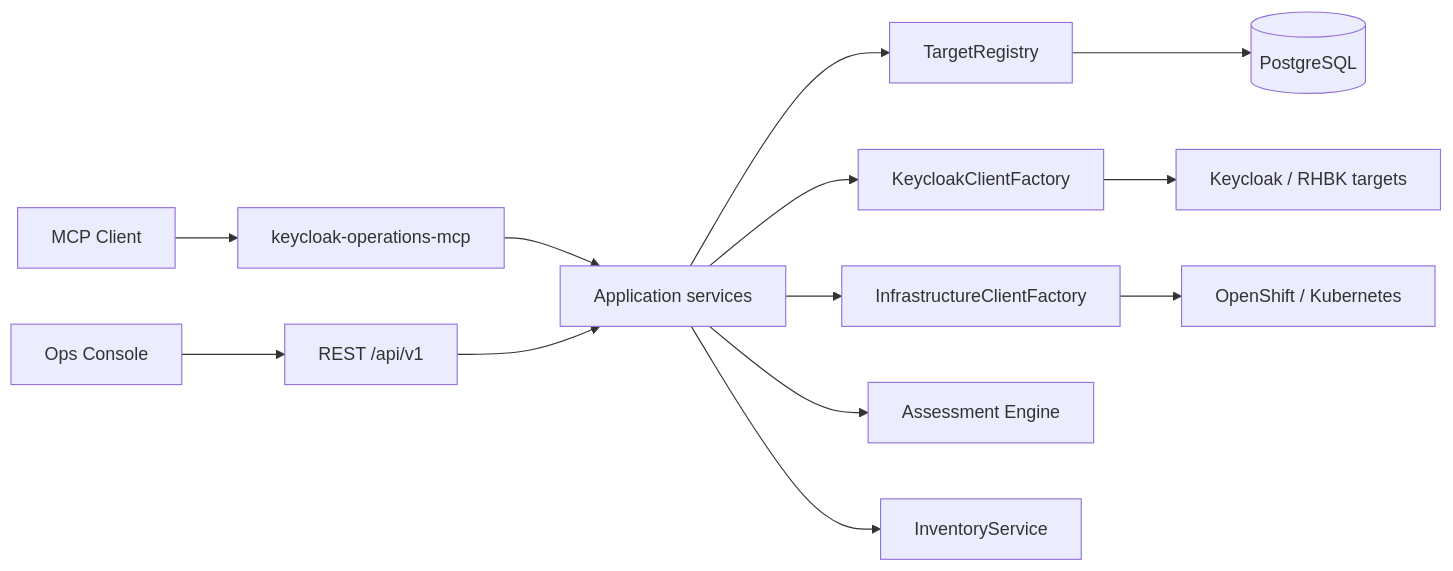
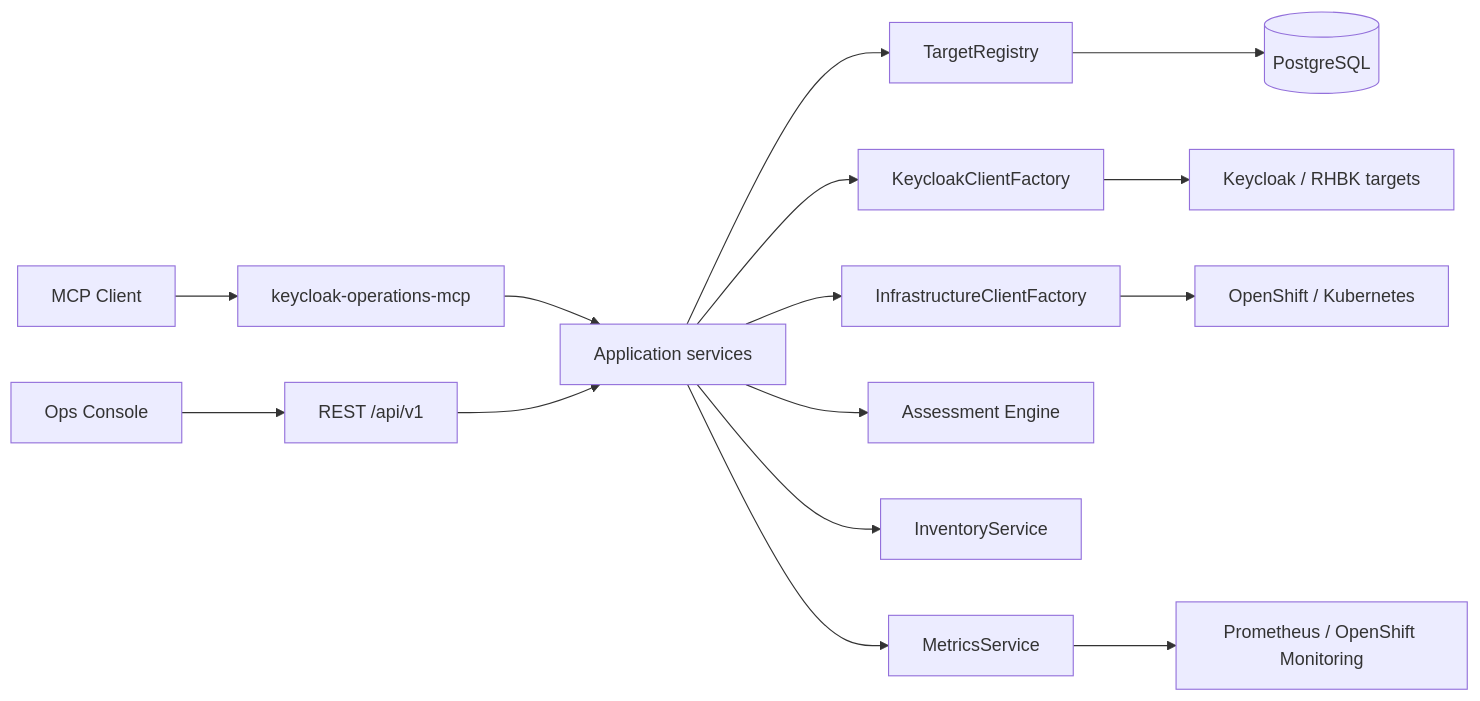
The diagram in README.md (csfreitas/keycloak-operations), drawn with Mermaid before and after one commit. The commit also changed other lines of this file and 78 other files, not shown here.

Commit message:
Add Prometheus metrics integration and performance assessment (0.6)

````diff
--- a/README.md
+++ b/README.md
@@ -38,15 +38,17 @@
 ```mermaid
 flowchart LR
   Agent[MCP Client] --> MCP[keycloak-operations-mcp]
   UI[Ops Console] --> REST["REST /api/v1"]
   MCP --> SVC[Application services]
   REST --> SVC
   SVC --> Registry[TargetRegistry]
   Registry --> DB[(PostgreSQL)]
   SVC --> Factory[KeycloakClientFactory]
   SVC --> InfraFactory[InfrastructureClientFactory]
   Factory --> KC[Keycloak / RHBK targets]
   InfraFactory --> OCP[OpenShift / Kubernetes]
   SVC --> Assess[Assessment Engine]
   SVC --> Inv[InventoryService]
+  SVC --> Metrics[MetricsService]
+  Metrics --> Prom[Prometheus / OpenShift Monitoring]
 ```
````
